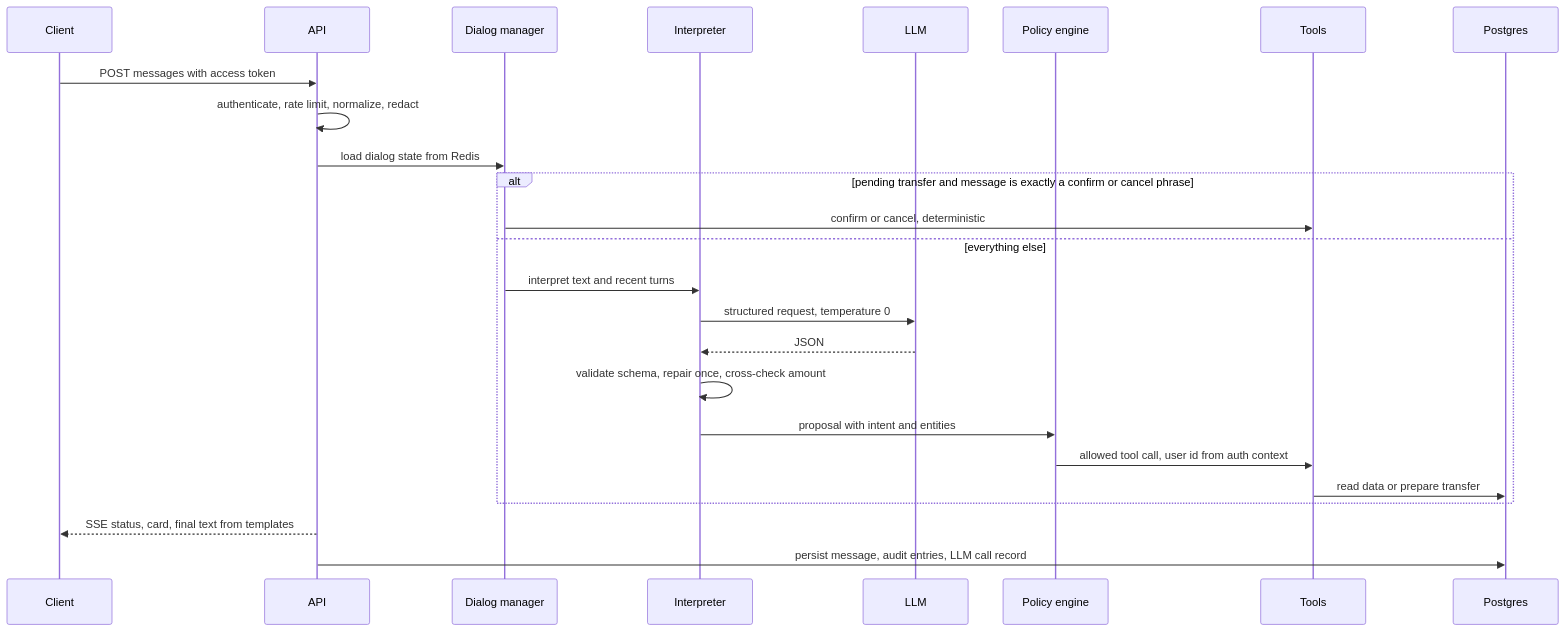
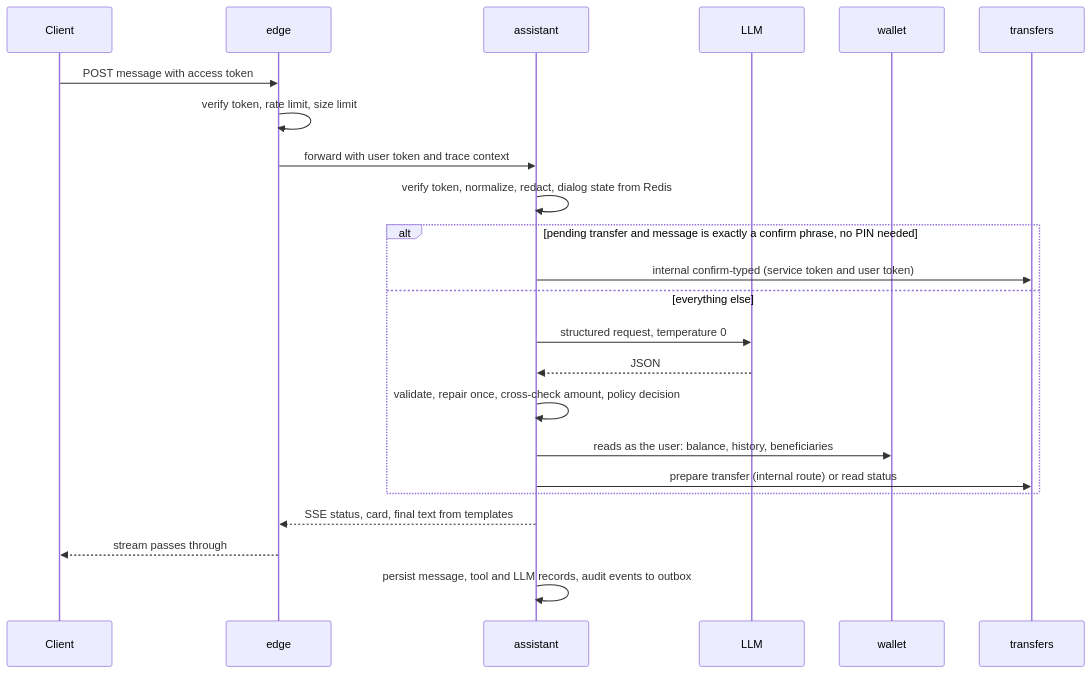
One commit to Bhavish77/sashayak changed the second of 4 diagrams in specs/ARCHITECTURE.md. Above: the diagram before and after it, drawn with Mermaid. The commit also changed other lines of this file and 34 other files, not shown here.

````diff
--- a/specs/ARCHITECTURE.md
+++ b/specs/ARCHITECTURE.md
@@ -76,27 +105,25 @@
 ```mermaid
 sequenceDiagram
   participant C as Client
-  participant A as API
-  participant D as Dialog manager
-  participant I as Interpreter
+  participant E as edge
+  participant A as assistant
   participant L as LLM
-  participant P as Policy engine
-  participant T as Tools
-  participant DB as Postgres
-  C->>A: POST messages with access token
-  A->>A: authenticate, rate limit, normalize, redact
-  A->>D: load dialog state from Redis
-  alt pending transfer and message is exactly a confirm or cancel phrase
-    D->>T: confirm or cancel, deterministic
+  participant W as wallet
+  participant T as transfers
+  C->>E: POST message with access token
+  E->>E: verify token, rate limit, size limit
+  E->>A: forward with user token and trace context
+  A->>A: verify token, normalize, redact, dialog state from Redis
+  alt pending transfer and message is exactly a confirm phrase, no PIN needed
+    A->>T: internal confirm-typed (service token and user token)
   else everything else
-    D->>I: interpret text and recent turns
-    I->>L: structured request, temperature 0
-    L-->>I: JSON
-    I->>I: validate schema, repair once, cross-check amount
-    I->>P: proposal with intent and entities
-    P->>T: allowed tool call, user id from auth context
-    T->>DB: read data or prepare transfer
+    A->>L: structured request, temperature 0
+    L-->>A: JSON
+    A->>A: validate, repair once, cross-check amount, policy decision
+    A->>W: reads as the user: balance, history, beneficiaries
+    A->>T: prepare transfer (internal route) or read status
   end
-  A-->>C: SSE status, card, final text from templates
-  A->>DB: persist message, audit entries, LLM call record
+  A-->>E: SSE status, card, final text from templates
+  E-->>C: stream passes through
+  A->>A: persist message, tool and LLM records, audit events to outbox
 ```
````
